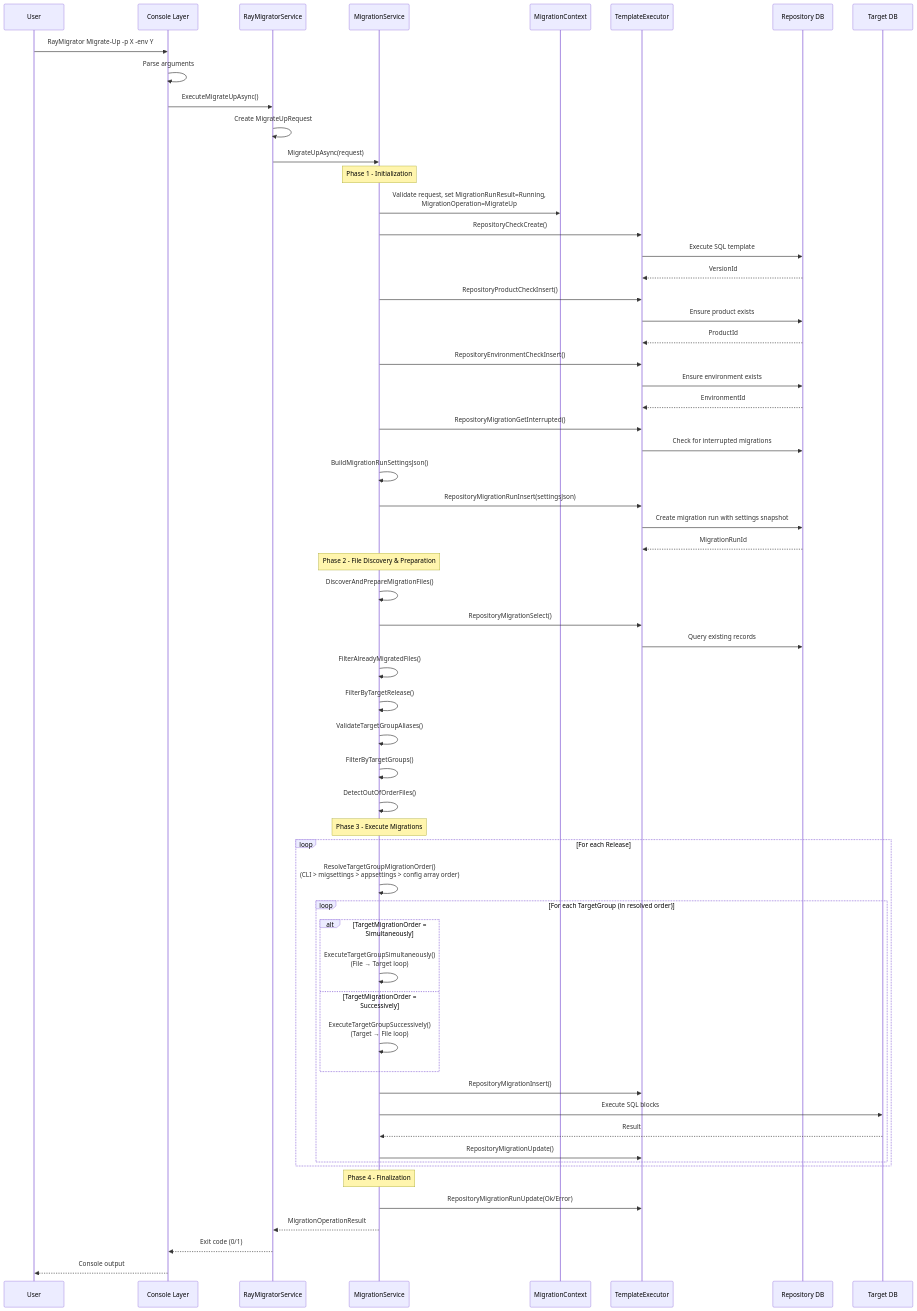
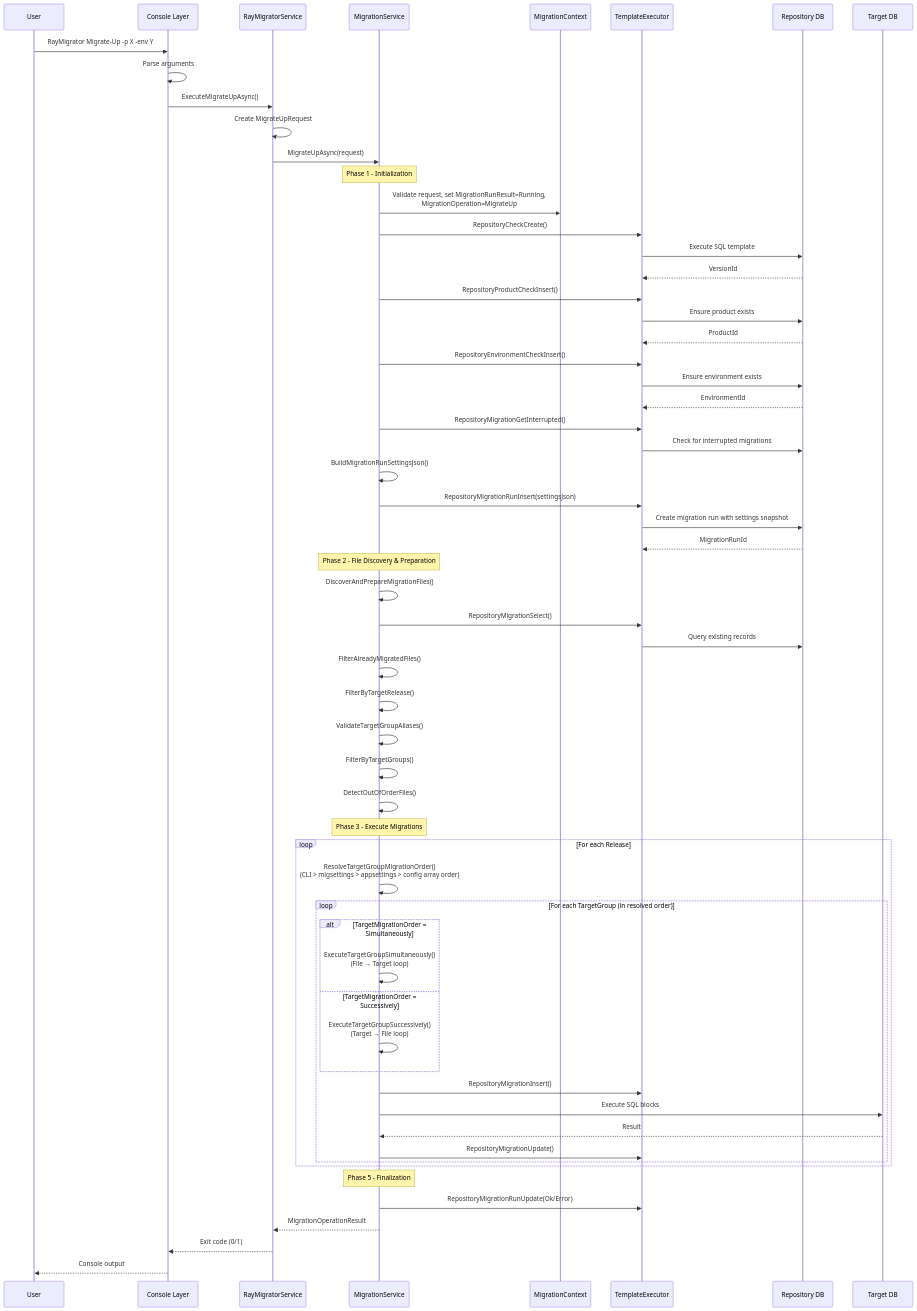
Before and after one commit to RAYCOON/RayMigrator: the first of 8 diagrams in Docs/01-architecture/data-flow.md, drawn with Mermaid. The commit also changed 49 other files, not shown here.

````diff
--- a/Docs/01-architecture/data-flow.md
+++ b/Docs/01-architecture/data-flow.md
@@ -7,73 +7,73 @@
 ```mermaid
 sequenceDiagram
     participant User
     participant CLI as Console Layer
     participant Bridge as RayMigratorService
     participant Svc as MigrationService
     participant Ctx as MigrationContext
     participant Tmpl as TemplateExecutor
     participant Repo as Repository DB
     participant Target as Target DB
 
     User->>CLI: RayMigrator Migrate-Up -p X -env Y
 
     CLI->>CLI: Parse arguments
     CLI->>Bridge: ExecuteMigrateUpAsync()
 
     Bridge->>Bridge: Create MigrateUpRequest
     Bridge->>Svc: MigrateUpAsync(request)
 
     Note over Svc: Phase 1 - Initialization
     Svc->>Ctx: Validate request, set MigrationRunResult=Running,<br/>MigrationOperation=MigrateUp
     Svc->>Tmpl: RepositoryCheckCreate()
     Tmpl->>Repo: Execute SQL template
     Repo-->>Tmpl: VersionId
 
     Svc->>Tmpl: RepositoryProductCheckInsert()
     Tmpl->>Repo: Ensure product exists
     Repo-->>Tmpl: ProductId
 
     Svc->>Tmpl: RepositoryEnvironmentCheckInsert()
     Tmpl->>Repo: Ensure environment exists
     Repo-->>Tmpl: EnvironmentId
 
     Svc->>Tmpl: RepositoryMigrationGetInterrupted()
     Tmpl->>Repo: Check for interrupted migrations
 
     Svc->>Svc: BuildMigrationRunSettingsJson()
     Svc->>Tmpl: RepositoryMigrationRunInsert(settingsJson)
     Tmpl->>Repo: Create migration run with settings snapshot
     Repo-->>Tmpl: MigrationRunId
 
     Note over Svc: Phase 2 - File Discovery & Preparation
     Svc->>Svc: DiscoverAndPrepareMigrationFiles()
     Svc->>Tmpl: RepositoryMigrationSelect()
     Tmpl->>Repo: Query existing records
     Svc->>Svc: FilterAlreadyMigratedFiles()
     Svc->>Svc: FilterByTargetRelease()
     Svc->>Svc: ValidateTargetGroupAliases()
     Svc->>Svc: FilterByTargetGroups()
     Svc->>Svc: DetectOutOfOrderFiles()
 
     Note over Svc: Phase 3 - Execute Migrations
     loop For each Release
         Svc->>Svc: ResolveTargetGroupMigrationOrder()<br/>(CLI > migsettings > appsettings > config array order)
         loop For each TargetGroup (in resolved order)
             alt TargetMigrationOrder = Simultaneously
                 Svc->>Svc: ExecuteTargetGroupSimultaneously()<br/>(File → Target loop)
             else TargetMigrationOrder = Successively
                 Svc->>Svc: ExecuteTargetGroupSuccessively()<br/>(Target → File loop)
             end
             Svc->>Tmpl: RepositoryMigrationInsert()
             Svc->>Target: Execute SQL blocks
             Target-->>Svc: Result
             Svc->>Tmpl: RepositoryMigrationUpdate()
         end
     end
 
-    Note over Svc: Phase 4 - Finalization
+    Note over Svc: Phase 5 - Finalization
     Svc->>Tmpl: RepositoryMigrationRunUpdate(Ok/Error)
     Svc-->>Bridge: MigrationOperationResult
     Bridge-->>CLI: Exit code (0/1)
     CLI-->>User: Console output
 ```
````
